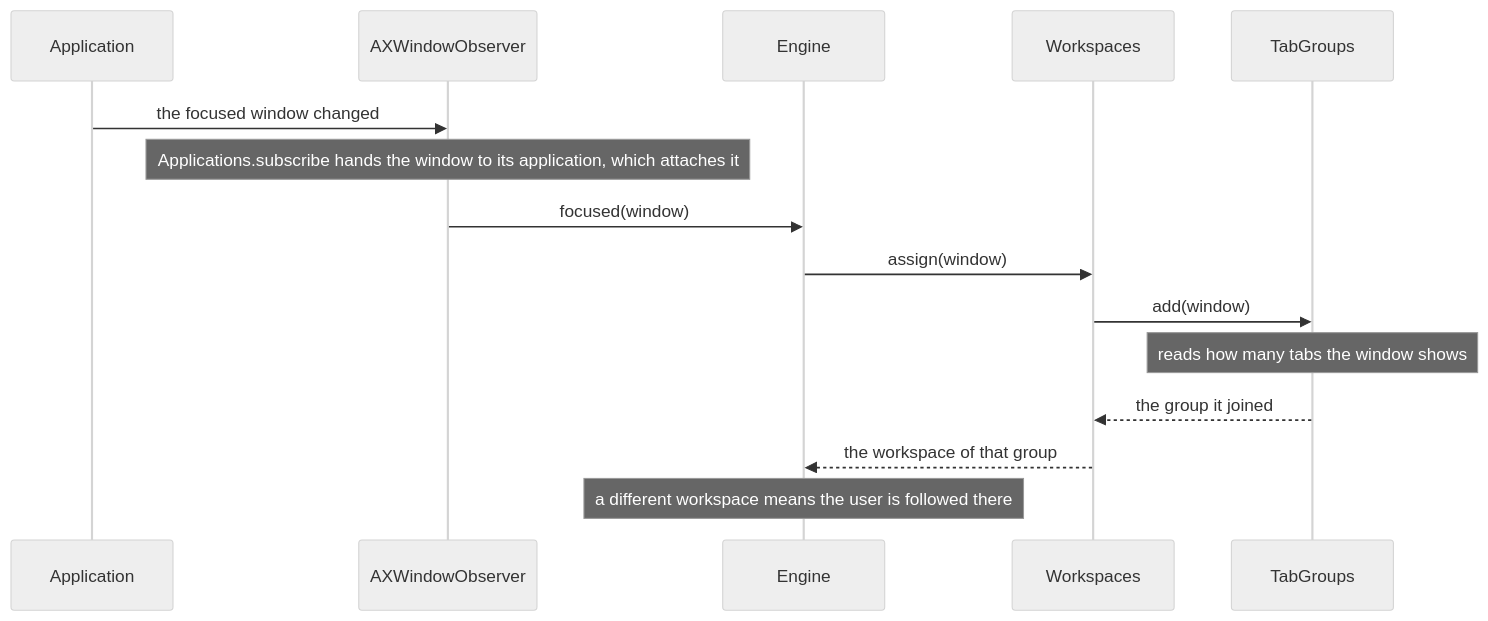
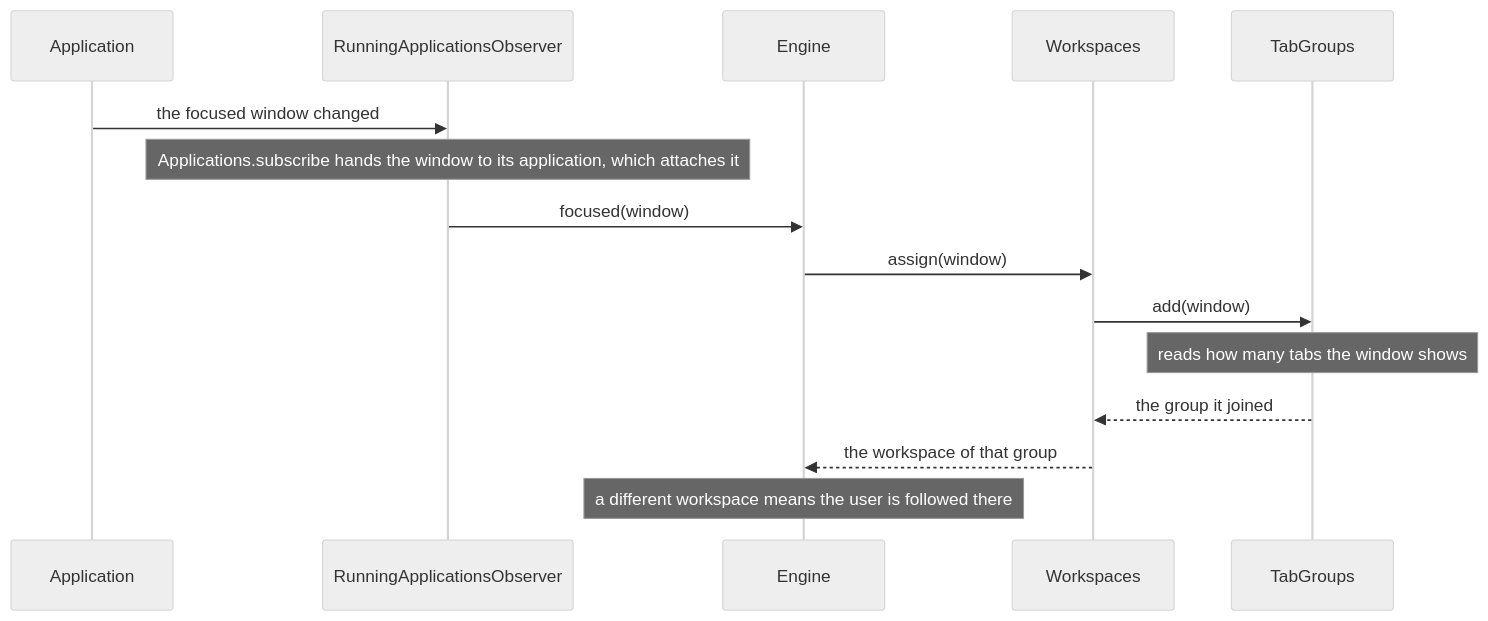
One commit to brennovich/ottowm changed diagram 17 of 18 in ARCHITECTURE.md. Above: the diagram before and after it, drawn with Mermaid (neutral theme). The commit also changed other lines of this file and 5 other files, not shown here.

First line of the commit message:
Rename AXWindowObserver to RunningApplicationsObserver

````diff
--- a/ARCHITECTURE.md
+++ b/ARCHITECTURE.md
@@ -371,18 +371,18 @@
 ```mermaid
 sequenceDiagram
     participant Application
-    participant AXWindowObserver
+    participant RunningApplicationsObserver
     participant Engine
     participant Workspaces
     participant TabGroups
 
-    Application->>AXWindowObserver: the focused window changed
-    Note over AXWindowObserver: Applications.subscribe hands the window to its application, which attaches it
-    AXWindowObserver->>Engine: focused(window)
+    Application->>RunningApplicationsObserver: the focused window changed
+    Note over RunningApplicationsObserver: Applications.subscribe hands the window to its application, which attaches it
+    RunningApplicationsObserver->>Engine: focused(window)
     Engine->>Workspaces: assign(window)
     Workspaces->>TabGroups: add(window)
     Note over TabGroups: reads how many tabs the window shows
     TabGroups-->>Workspaces: the group it joined
     Workspaces-->>Engine: the workspace of that group
     Note over Engine: a different workspace means the user is followed there
 ```
````
